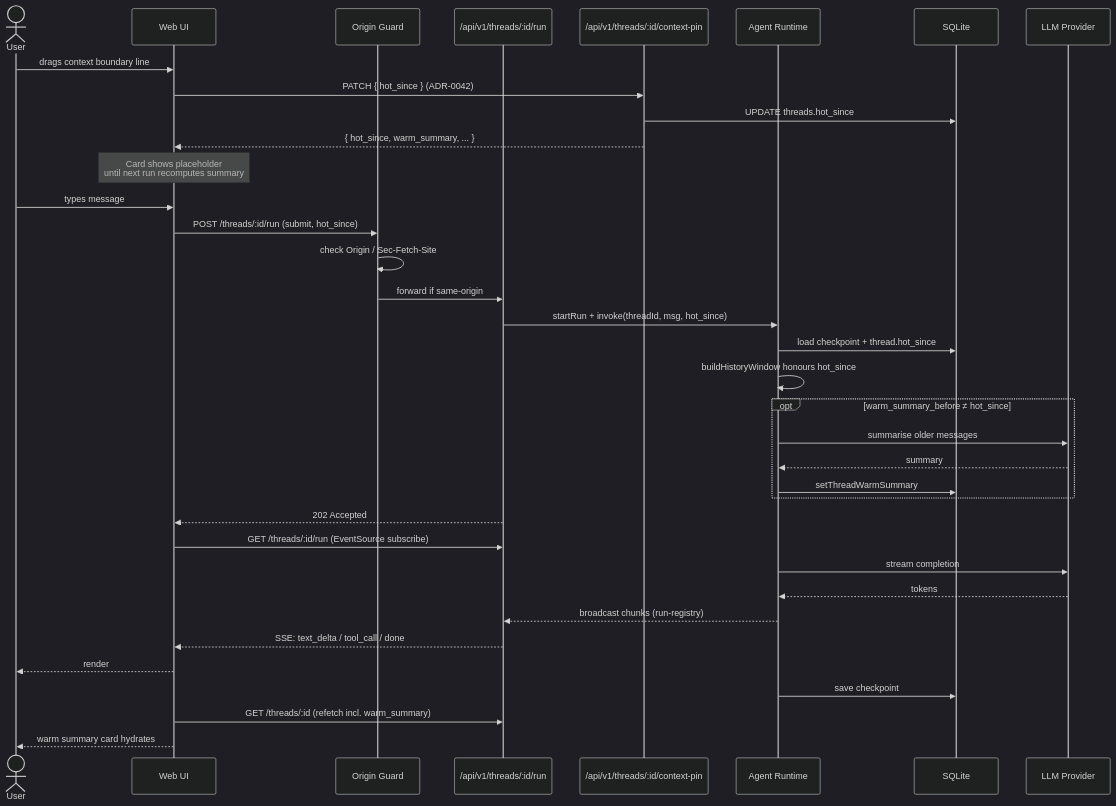
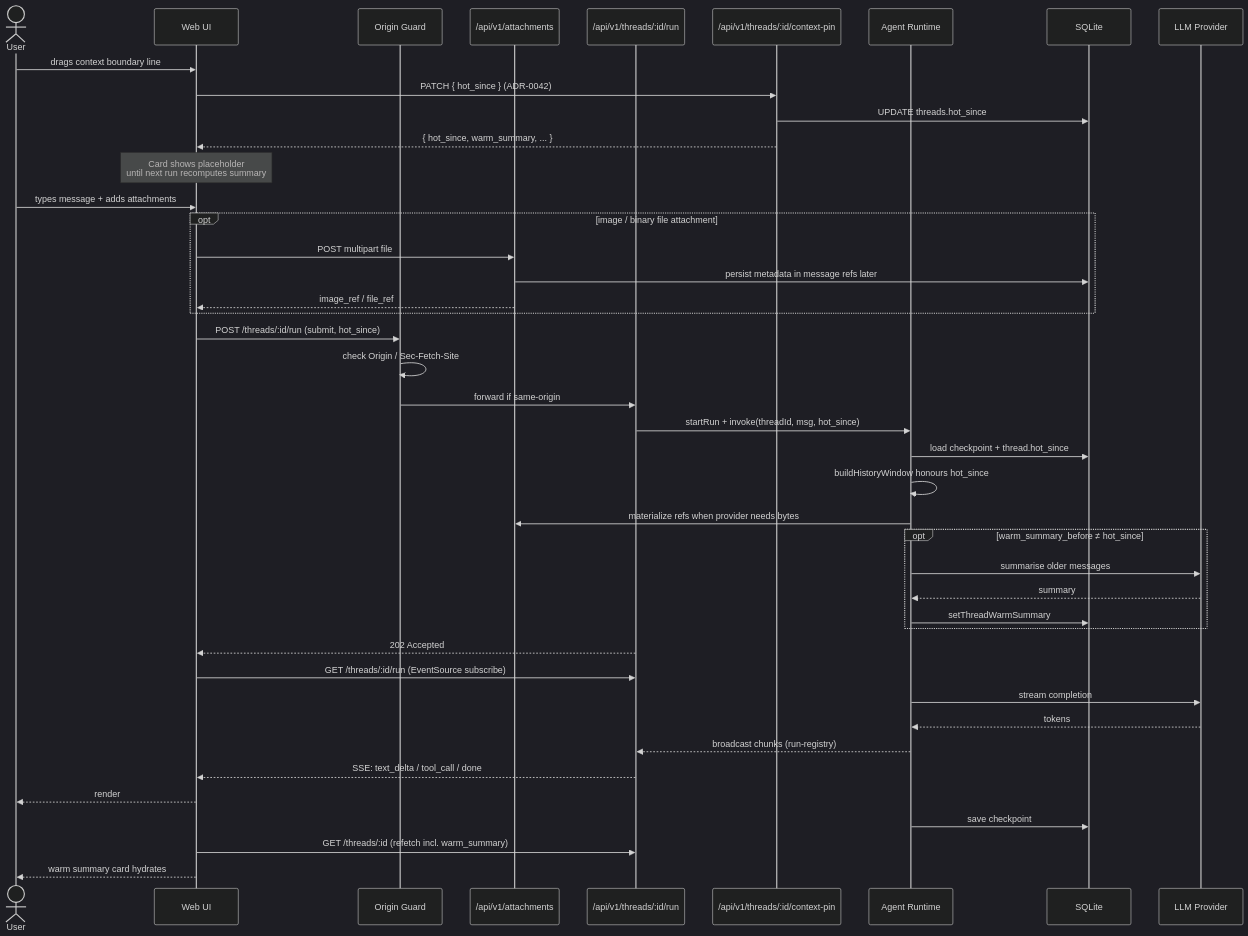
The third of 8 diagrams in docs/ARCHITECTURE.md (CircuitWall/jarela), drawn with Mermaid (dark theme) before and after one commit. The commit also changed other lines of this file and 5 other files, not shown here.

Commit message:
docs(architecture): update upgrade audit guidance

````diff
--- a/docs/ARCHITECTURE.md
+++ b/docs/ARCHITECTURE.md
@@ -146,40 +167,47 @@
 ```mermaid
 sequenceDiagram
     actor U as User
     participant UI as Web UI
     participant G as Origin Guard
+    participant ATT as /api/v1/attachments
     participant API as /api/v1/threads/:id/run
     participant PIN as /api/v1/threads/:id/context-pin
     participant AG as Agent Runtime
     participant DB as SQLite
     participant LLM as LLM Provider
 
     U->>UI: drags context boundary line
     UI->>PIN: PATCH { hot_since } (ADR-0042)
     PIN->>DB: UPDATE threads.hot_since
     PIN-->>UI: { hot_since, warm_summary, ... }
     Note over UI: Card shows placeholder<br/>until next run recomputes summary
 
-    U->>UI: types message
+    U->>UI: types message + adds attachments
+    opt image / binary file attachment
+      UI->>ATT: POST multipart file
+      ATT->>DB: persist metadata in message refs later
+      ATT-->>UI: image_ref / file_ref
+    end
     UI->>G: POST /threads/:id/run (submit, hot_since)
     G->>G: check Origin / Sec-Fetch-Site
     G->>API: forward if same-origin
     API->>AG: startRun + invoke(threadId, msg, hot_since)
     AG->>DB: load checkpoint + thread.hot_since
     AG->>AG: buildHistoryWindow honours hot_since
+    AG->>ATT: materialize refs when provider needs bytes
     opt warm_summary_before ≠ hot_since
         AG->>LLM: summarise older messages
         LLM-->>AG: summary
         AG->>DB: setThreadWarmSummary
     end
     API-->>UI: 202 Accepted
     UI->>API: GET /threads/:id/run (EventSource subscribe)
     AG->>LLM: stream completion
     LLM-->>AG: tokens
     AG-->>API: broadcast chunks (run-registry)
     API-->>UI: SSE: text_delta / tool_call / done
     UI-->>U: render
     AG->>DB: save checkpoint
     UI->>API: GET /threads/:id (refetch incl. warm_summary)
     UI-->>U: warm summary card hydrates
 ```
````
